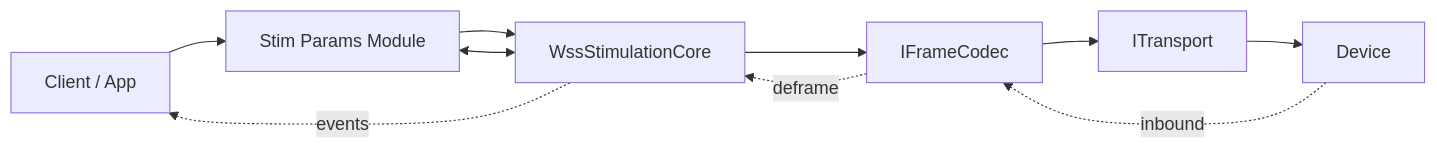
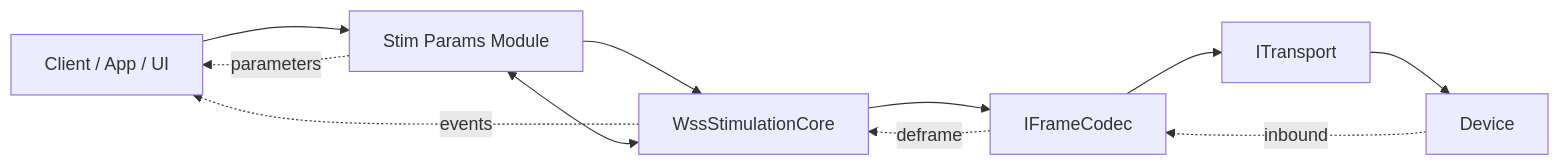
One commit to cwru-non-academic/WSS_Documentation changed the second of 4 diagrams in apiDocs/conceptual/layering-guide.md. Above: the diagram before and after it, drawn with Mermaid. The commit also changed other lines of this file and 10 other files, not shown here.

Commit message:
updated diagrams to avoid syntax error and improve details

````diff
--- a/apiDocs/conceptual/layering-guide.md
+++ b/apiDocs/conceptual/layering-guide.md
@@ -27,10 +27,11 @@
 ```mermaid
 flowchart LR
-  App[Client / App] --> Params[Stim Params Module]
+  App[Client / App / UI]  --> Params[Stim Params Module]
   Params --> Core[WssStimulationCore]
   Core --> Codec[IFrameCodec]
   Codec --> Transport[ITransport]
   Transport --> Device[Device]
   Device -. inbound .-> Codec -. deframe .-> Core -. events .-> App
+  Params-. parameters .-> App
   Core <--> Params
 ```
````
